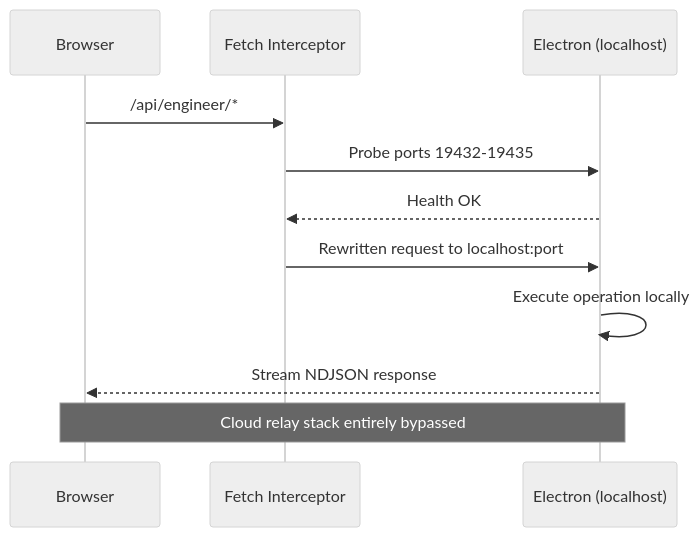
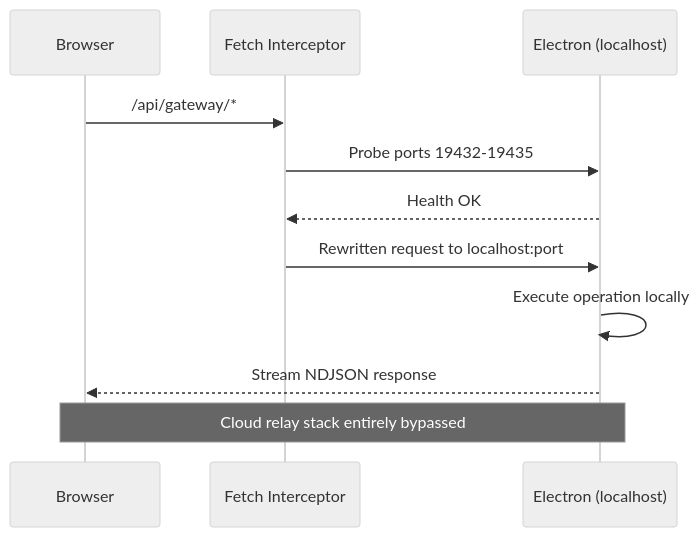
One commit to closedloop-ai/closedloop-ai changed the third of 6 diagrams in docs/artifacts/relay-architecture.md. Above: the diagram before and after it, drawn with Mermaid (neutral theme). The commit also changed other lines of this file and 191 other files, not shown here.

First line of the commit message:
PLN-252: Rename /api/engineer to /api/gateway

````diff
--- a/docs/artifacts/relay-architecture.md
+++ b/docs/artifacts/relay-architecture.md
@@ -119,14 +119,14 @@
 ```mermaid
 sequenceDiagram
     participant B as Browser
     participant I as Fetch Interceptor
     participant E as Electron (localhost)
 
-    B->>I: /api/engineer/*
+    B->>I: /api/gateway/*
     I->>E: Probe ports 19432-19435
     E-->>I: Health OK
     I->>E: Rewritten request to localhost:port
     E->>E: Execute operation locally
     E-->>B: Stream NDJSON response
     Note over B,E: Cloud relay stack entirely bypassed
 ```
````
